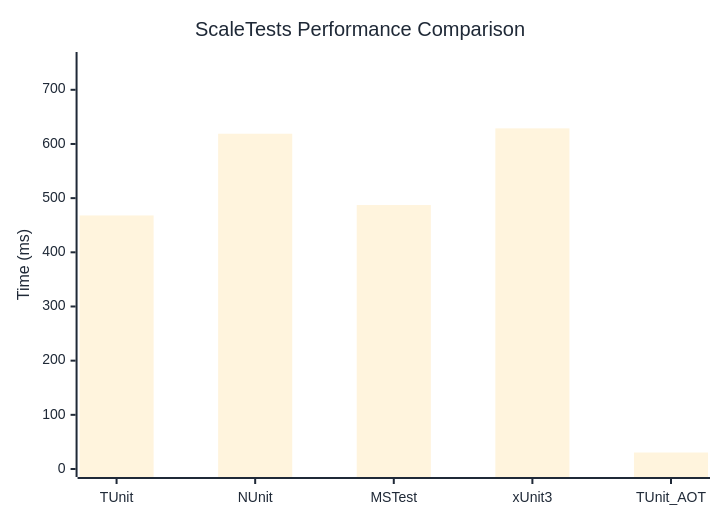
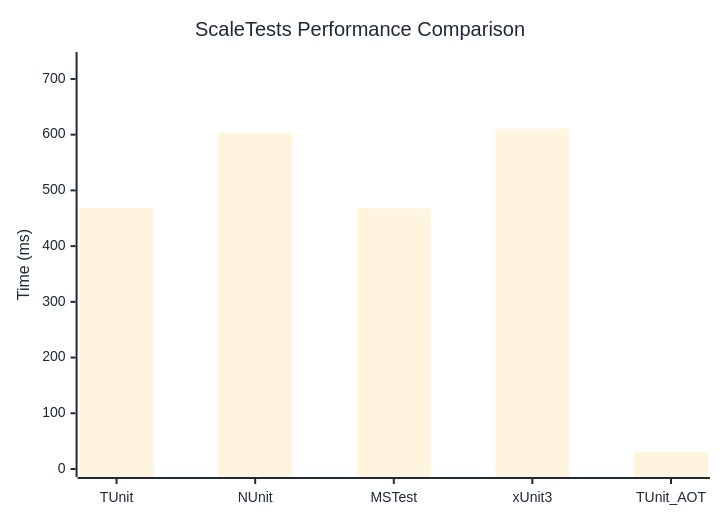
Before and after one commit to thomhurst/TUnit: the diagram in docs/docs/benchmarks/ScaleTests.md, drawn with Mermaid. The commit also changed other lines of this file and 17 other files, not shown here.

````diff
--- a/docs/docs/benchmarks/ScaleTests.md
+++ b/docs/docs/benchmarks/ScaleTests.md
@@ -27,37 +27,37 @@
 ```mermaid
 %%{init: {
   'theme':'base',
   'themeVariables': {
     'primaryColor': '#2563eb',
     'primaryTextColor': '#1f2937',
     'primaryBorderColor': '#1e40af',
     'lineColor': '#6b7280',
     'secondaryColor': '#7c3aed',
     'tertiaryColor': '#dc2626',
     'background': '#ffffff',
     'mainBkg': '#2563eb',
     'secondBkg': '#7c3aed',
     'tertiaryBkg': '#dc2626',
     'clusterBkg': '#f3f4f6',
     'edgeLabelBackground': '#ffffff',
     'tertiaryTextColor': '#1f2937',
     'pie1': '#2563eb',
     'pie2': '#7c3aed',
     'pie3': '#dc2626',
     'pie4': '#f59e0b',
     'pie5': '#10b981',
     'pie6': '#06b6d4',
     'pie7': '#ec4899',
     'pie8': '#6366f1',
     'pie9': '#84cc16',
     'pie10': '#f97316',
     'pie11': '#14b8a6',
     'pie12': '#a855f7'
   }
 }}%%
 xychart-beta
   title "ScaleTests Performance Comparison"
   x-axis ["TUnit", "NUnit", "MSTest", "xUnit3", "TUnit_AOT"]
-  y-axis "Time (ms)" 0 --> 755
-  bar [468.03, 618.92, 487.27, 628.79, 30.45]
+  y-axis "Time (ms)" 0 --> 734
+  bar [468.3, 603, 467.75, 611.02, 29.86]
 ```
````
